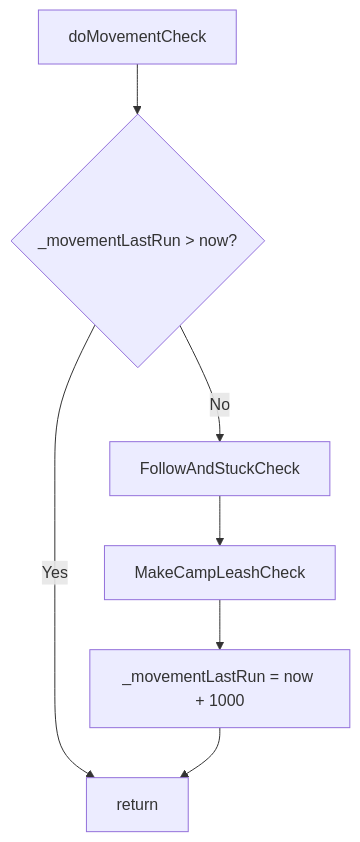
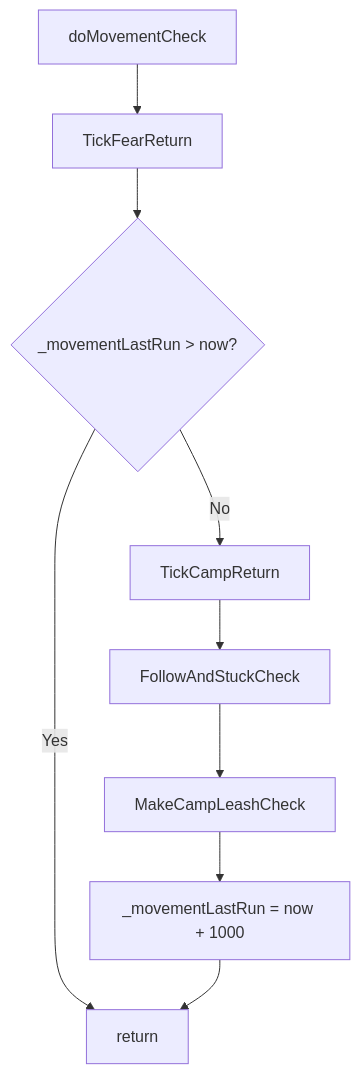
The diagram in docs/botlogic/hook-domovementcheck.md (Cezero/czbot), drawn with Mermaid before and after one commit. The commit also changed other lines of this file and 15 other files, not shown here.

Commit message:
better tickiness for engageTargetId, better handling of MA/MT auto-rotation. Built in handling of FEAR effects on bots (they'll return to wherever they were before being feared automatically)

````diff
--- a/docs/botlogic/hook-domovementcheck.md
+++ b/docs/botlogic/hook-domovementcheck.md
@@ -11,9 +11,11 @@
 ```mermaid
 flowchart TB
-    Start[doMovementCheck] --> Throttle{_movementLastRun > now?}
+    Start[doMovementCheck] --> Fear[TickFearReturn]
+    Fear --> Throttle{_movementLastRun > now?}
     Throttle -->|Yes| End[return]
-    Throttle -->|No| Follow[FollowAndStuckCheck]
+    Throttle -->|No| CampTick[TickCampReturn]
+    CampTick --> Follow[FollowAndStuckCheck]
     Follow --> Camp[MakeCampLeashCheck]
     Camp --> SetLast[_movementLastRun = now + 1000]
     SetLast --> End
 ```
````
